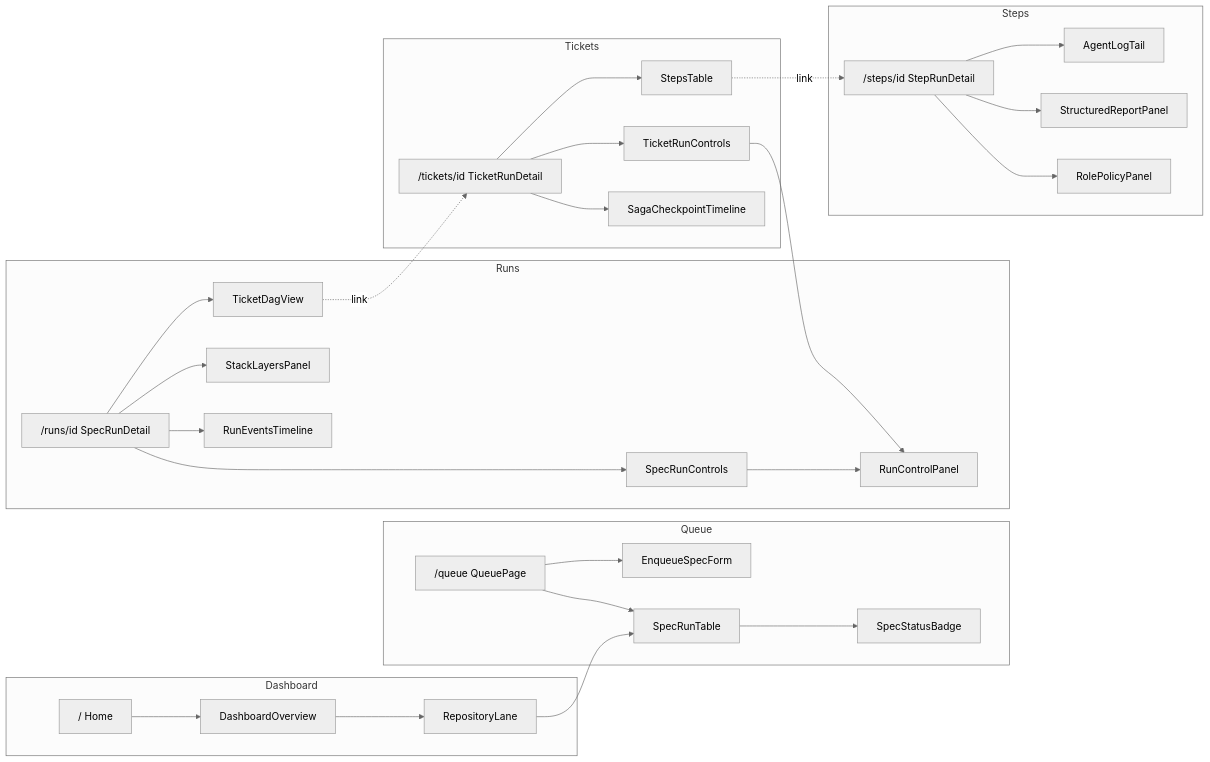
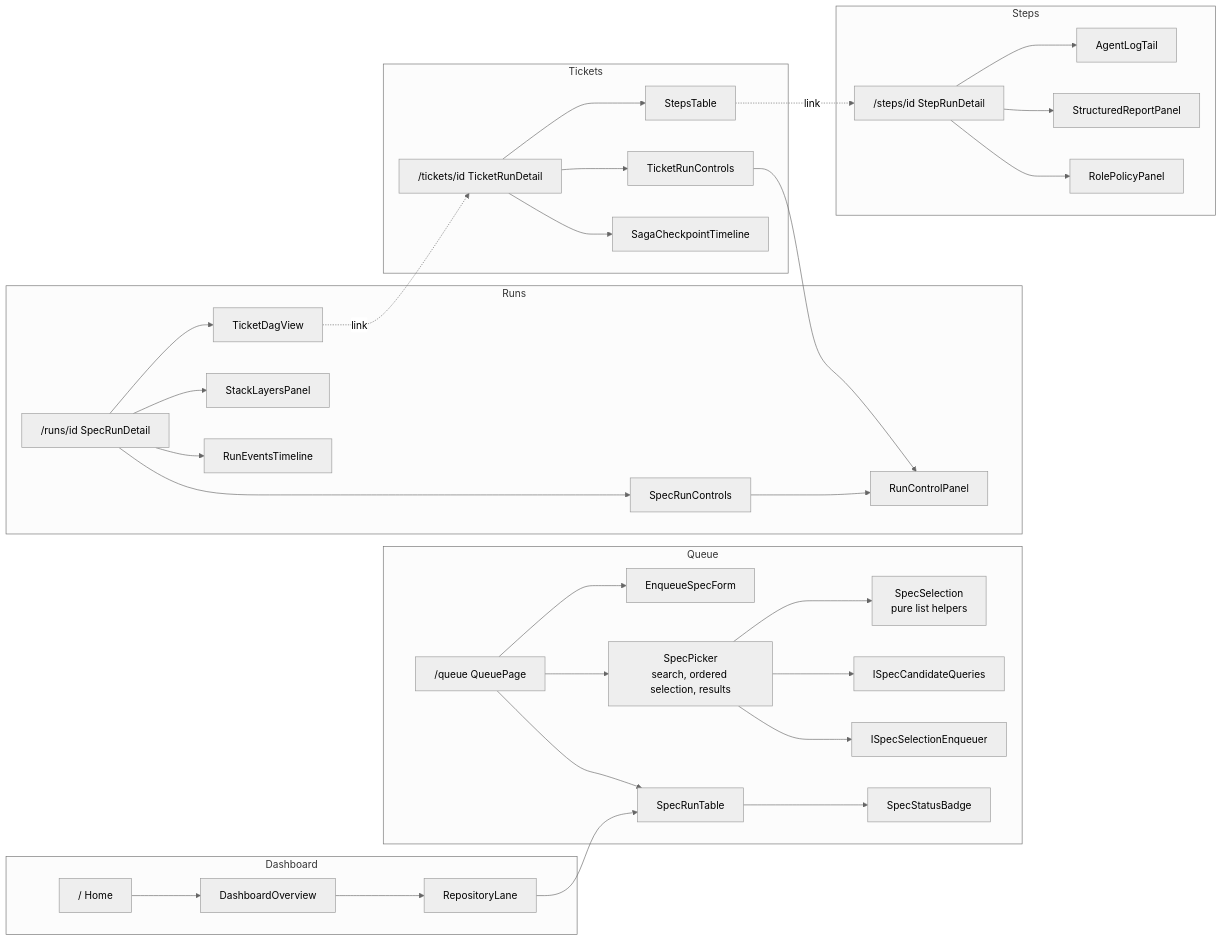
One commit to FlorianAlbert/WebDevLoop changed the second of 3 diagrams in docfx/developer-guide/web-ui.md. Above: the diagram before and after it, drawn with Mermaid (neutral theme). The commit also changed other lines of this file and 45 other files, not shown here.

````diff
--- a/docfx/developer-guide/web-ui.md
+++ b/docfx/developer-guide/web-ui.md
@@ -46,30 +46,34 @@
 ```mermaid
 flowchart LR
     subgraph Dashboard
         Home["/ Home"] --> DO["DashboardOverview"] --> RL["RepositoryLane"]
     end
     subgraph Queue
         QP["/queue QueuePage"] --> ESF["EnqueueSpecForm"]
+        QP --> SP["SpecPicker<br/>search, ordered selection, results"]
+        SP --> SS["SpecSelection<br/>pure list helpers"]
+        SP --> SCQ["ISpecCandidateQueries"]
+        SP --> SSE["ISpecSelectionEnqueuer"]
         QP --> SRT["SpecRunTable"]
         RL --> SRT
         SRT --> SSB["SpecStatusBadge"]
     end
     subgraph Runs
         SRD["/runs/id SpecRunDetail"] --> TDV["TicketDagView"]
         SRD --> SLP["StackLayersPanel"]
         SRD --> RET["RunEventsTimeline"]
         SRD --> SRC["SpecRunControls"] --> RCP["RunControlPanel"]
     end
     subgraph Tickets
         TRD["/tickets/id TicketRunDetail"] --> ST["StepsTable"]
         TRD --> TRC["TicketRunControls"] --> RCP
         TRD --> SCT["SagaCheckpointTimeline"]
     end
     subgraph Steps
         STD["/steps/id StepRunDetail"] --> ALT["AgentLogTail"]
         STD --> SRP["StructuredReportPanel"]
         STD --> RPP["RolePolicyPanel"]
     end
     TDV -. link .-> TRD
     ST -. link .-> STD
 ```
````
